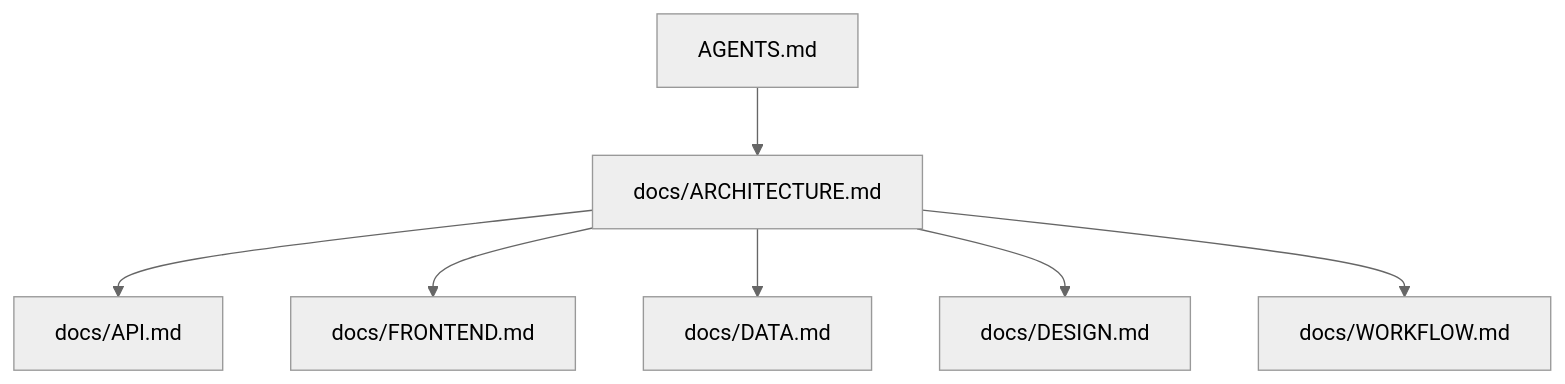
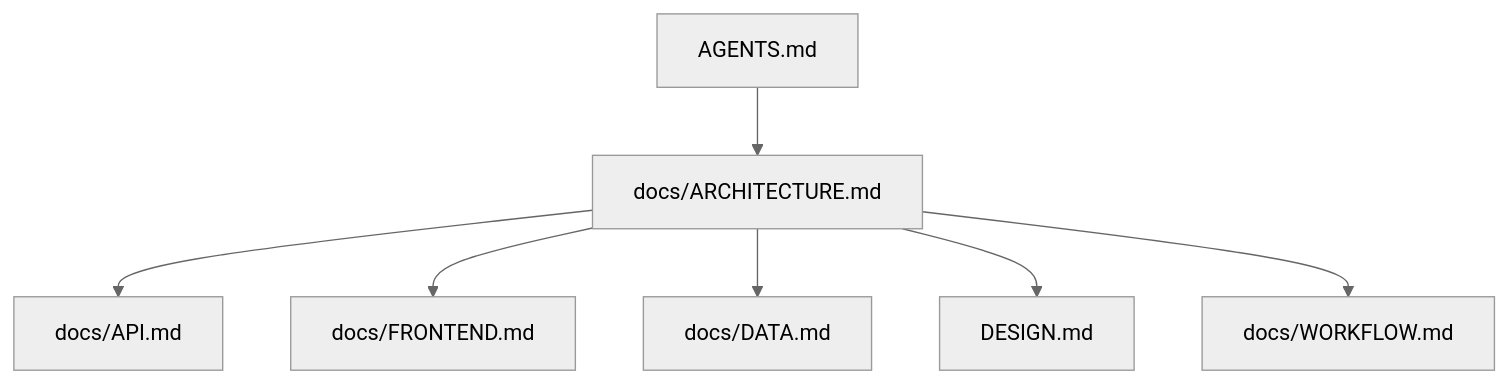
One commit to neavo/LinguaGacha changed the third of 3 diagrams in docs/ARCHITECTURE.md. Above: the diagram before and after it, drawn with Mermaid (neutral theme). The commit also changed other lines of this file and 53 other files, not shown here.

````diff
--- a/docs/ARCHITECTURE.md
+++ b/docs/ARCHITECTURE.md
@@ -74,9 +74,9 @@
 ```mermaid
 flowchart TD
     A["AGENTS.md"] --> B["docs/ARCHITECTURE.md"]
     B --> C["docs/API.md"]
     B --> D["docs/FRONTEND.md"]
     B --> E["docs/DATA.md"]
-    B --> F["docs/DESIGN.md"]
+    B --> F["DESIGN.md"]
     B --> G["docs/WORKFLOW.md"]
 ```
````
